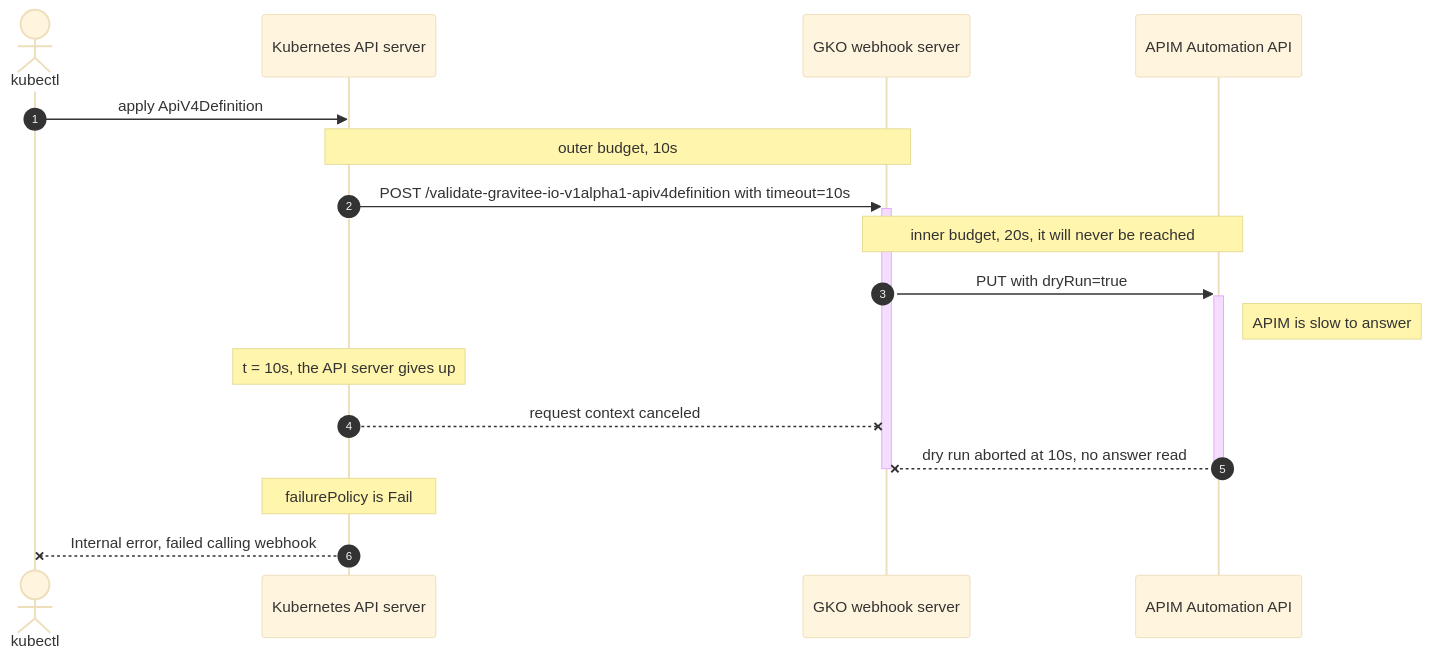
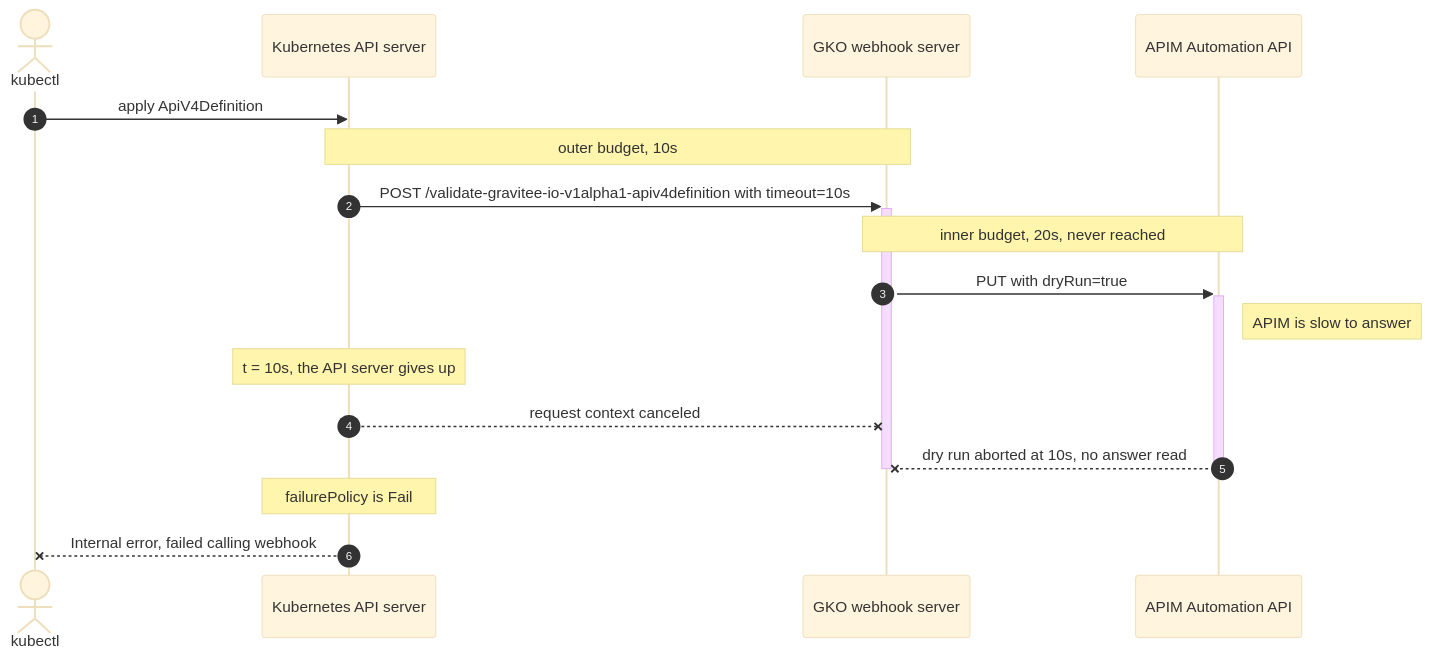
One commit to gravitee-io/gravitee-platform-docs changed the second of 2 diagrams in docs/gko/4.12/overview/admission-validation.md. Above: the diagram before and after it, drawn with Mermaid (base theme). The commit also changed other lines of this file and 1 other file, not shown here.

First line of the commit message:
docs(gko): apply style guide to the timeout sections

````diff
--- a/docs/gko/4.12/overview/admission-validation.md
+++ b/docs/gko/4.12/overview/admission-validation.md
@@ -121,26 +121,26 @@
 ```mermaid
 sequenceDiagram
     autonumber
     actor User as kubectl
     participant API as Kubernetes API server
     participant GKO as GKO webhook server
     participant APIM as APIM Automation API
 
     User->>API: apply ApiV4Definition
 
     Note over API,GKO: outer budget, 10s
     API->>+GKO: POST /validate-gravitee-io-v1alpha1-apiv4definition with timeout=10s
 
-    Note over GKO,APIM: inner budget, 20s, it will never be reached
+    Note over GKO,APIM: inner budget, 20s, never reached
     GKO->>+APIM: PUT with dryRun=true
     Note right of APIM: APIM is slow to answer
 
     Note over API: t = 10s, the API server gives up
     API--xGKO: request context canceled
     APIM--xGKO: dry run aborted at 10s, no answer read
     deactivate APIM
     deactivate GKO
 
     Note over API: failurePolicy is Fail
     API--xUser: Internal error, failed calling webhook
 ```
````
